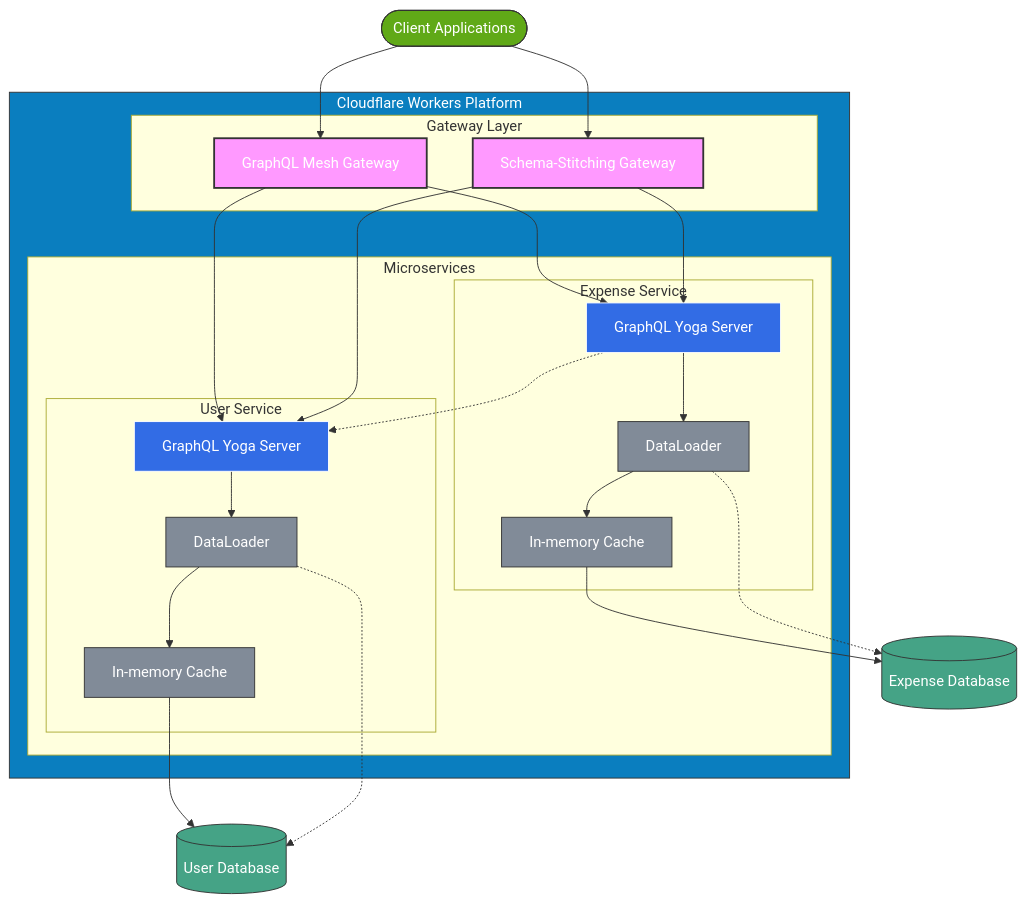
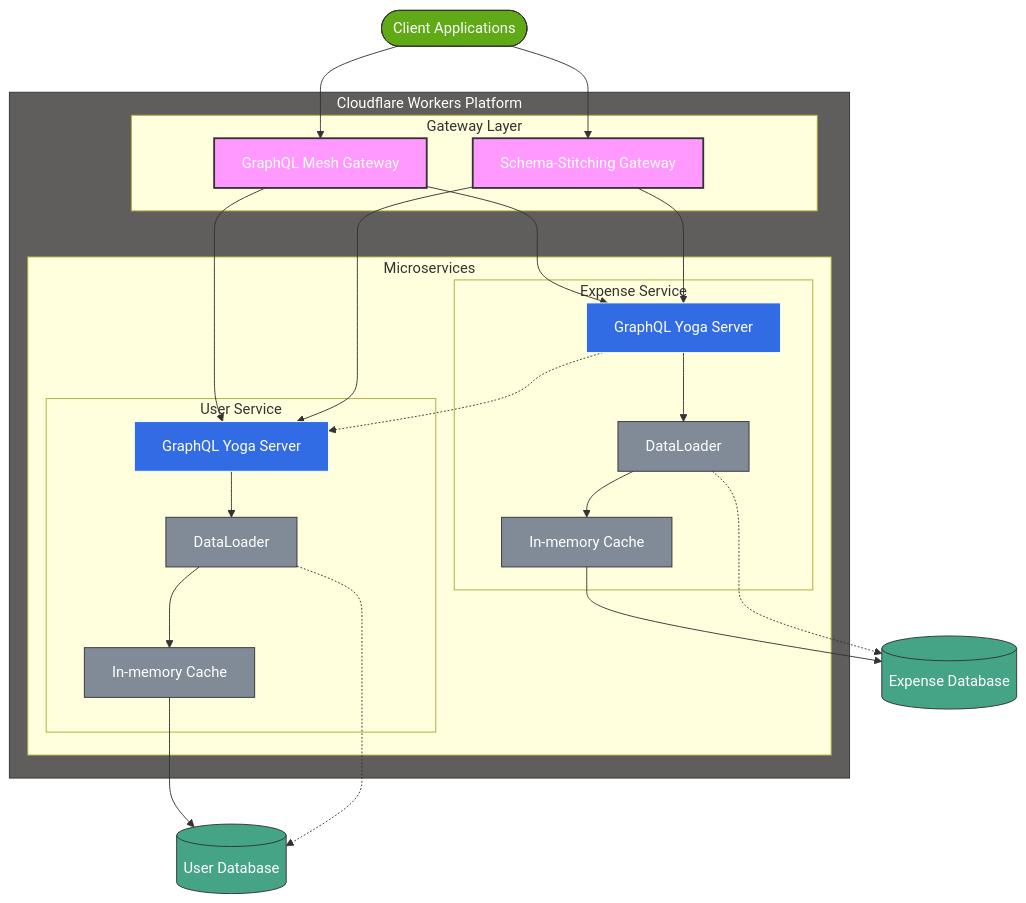
The second of 3 diagrams in docs/tdd/hld.md (vinodhj/graphql-gateway-microservices), drawn with Mermaid before and after one commit.

Commit message:
diagram color fix v8

````diff
--- a/docs/tdd/hld.md
+++ b/docs/tdd/hld.md
@@ -49,57 +49,57 @@
 ```mermaid
 flowchart TD
     Client([Client Applications]) --> MeshGateway
     Client --> StitchingGateway
 
     subgraph CloudflareWorkers["Cloudflare Workers Platform"]
         subgraph Gateway["Gateway Layer"]
             MeshGateway["GraphQL Mesh Gateway"]
             StitchingGateway["Schema-Stitching Gateway"]
         end
 
         subgraph Microservices["Microservices"]
             subgraph UserSvc["User Service"]
                 UserService["GraphQL Yoga Server"]
                 UserDL["DataLoader"]
                 UserCache["In-memory Cache"]
             end
 
             subgraph ExpenseSvc["Expense Service"]
                 ExpenseService["GraphQL Yoga Server"]
                 ExpenseDL["DataLoader"]
                 ExpenseCache["In-memory Cache"]
             end
         end
     end
 
     MeshGateway --> UserService
     MeshGateway --> ExpenseService
     StitchingGateway --> UserService
     StitchingGateway --> ExpenseService
 
     UserService --> UserDL
     UserDL --> UserCache
     UserCache --> UserDB[(User Database)]
     UserDL -.-> UserDB
 
     ExpenseService --> ExpenseDL
     ExpenseDL --> ExpenseCache
     ExpenseCache --> ExpenseDB[(Expense Database)]
     ExpenseDL -.-> ExpenseDB
 
     ExpenseService -.-> UserService
 
     classDef gateway fill:#f9f,stroke:#333,stroke-width:2px,color:#fff
     classDef service fill:#326ce5,stroke:#fff,stroke-width:1px,color:#fff
     classDef optimization fill:#818b98,stroke:#333,stroke-width:1px,color:#fff
     classDef db fill:#45a386,stroke:#333,stroke-width:1px,color:#fff
     classDef client fill:#60a917,stroke:#333,stroke-width:1px,color:#fff
-    classDef platform fill:#0a7ebf,stroke:#333,stroke-width:1px,color:#fff
+    classDef platform fill:#605e5c,stroke:#333,stroke-width:1px,color:#fff
 
     class MeshGateway,StitchingGateway gateway
     class UserService,ExpenseService service
     class UserDL,UserCache,ExpenseDL,ExpenseCache optimization
     class UserDB,ExpenseDB db
     class Client client
     class CloudflareWorkers platform
 ```
````
